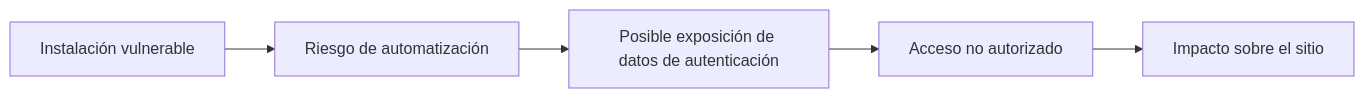
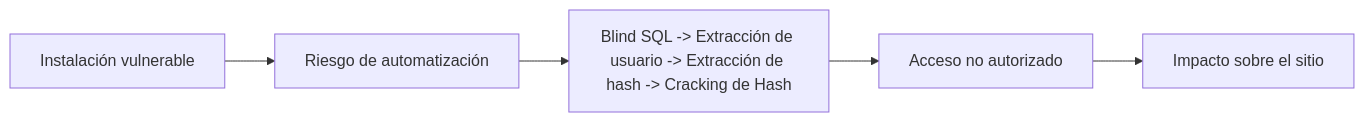
One commit to MangelZabalaDevelop/wp2shell changed the diagram in README.md. Above: the diagram before and after it, drawn with Mermaid. The commit also changed other lines of this file, not shown here.

````diff
--- a/README.md
+++ b/README.md
@@ -18,7 +18,7 @@
 ```mermaid
 flowchart LR
     A[Instalación vulnerable] --> B[Riesgo de automatización]
-    B --> C[Posible exposición de datos de autenticación]
+    B --> C[Blind SQL -> Extracción de usuario -> Extracción de hash -> Cracking de Hash]
     C --> D[Acceso no autorizado]
     D --> E[Impacto sobre el sitio]
 ```
````
